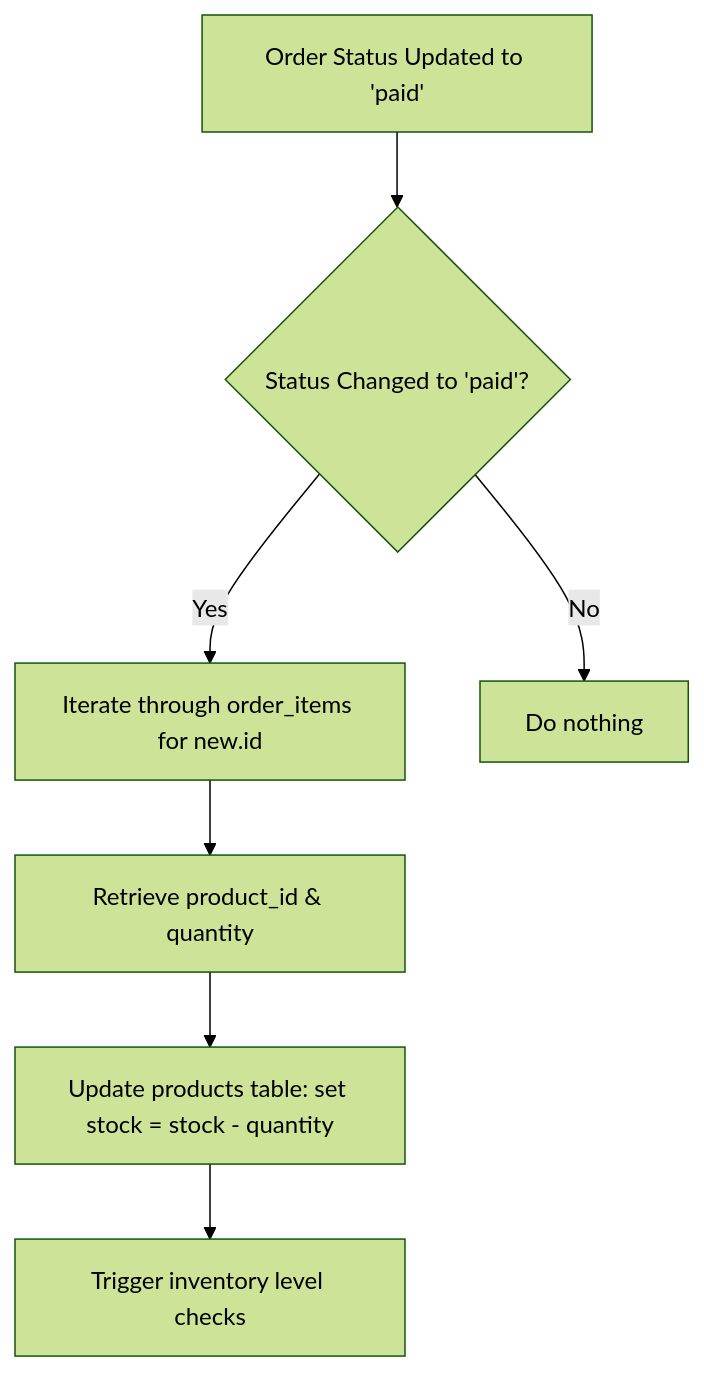
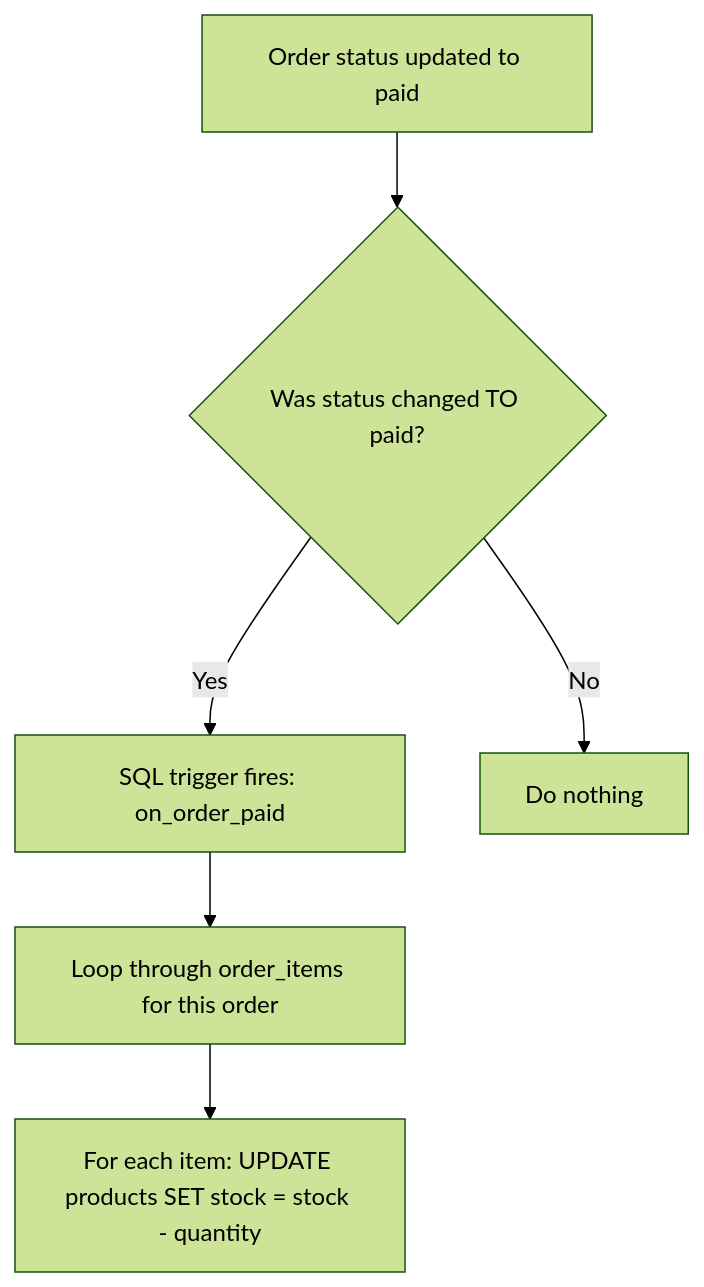
The seventh of 13 diagrams in artifacts/technical_design_document.md (jsprabhu19/rocky-shoes), drawn with Mermaid (forest theme) before and after one commit. The commit also changed other lines of this file, not shown here.

````diff
--- a/artifacts/technical_design_document.md
+++ b/artifacts/technical_design_document.md
@@ -106,9 +686,8 @@
 ```mermaid
 flowchart TD
-    A[Order Status Updated to 'paid'] --> B{Status Changed to 'paid'?};
-    B -- Yes --> C[Iterate through order_items for new.id];
-    C --> D[Retrieve product_id & quantity];
-    D --> E[Update products table: set stock = stock - quantity];
-    E --> F[Trigger inventory level checks];
-    B -- No --> G[Do nothing];
+    A["Order status updated to paid"] --> B{"Was status changed TO paid?"}
+    B -- Yes --> C["SQL trigger fires: on_order_paid"]
+    C --> D["Loop through order_items for this order"]
+    D --> E["For each item: UPDATE products SET stock = stock - quantity"]
+    B -- No --> F["Do nothing"]
 ```
````
